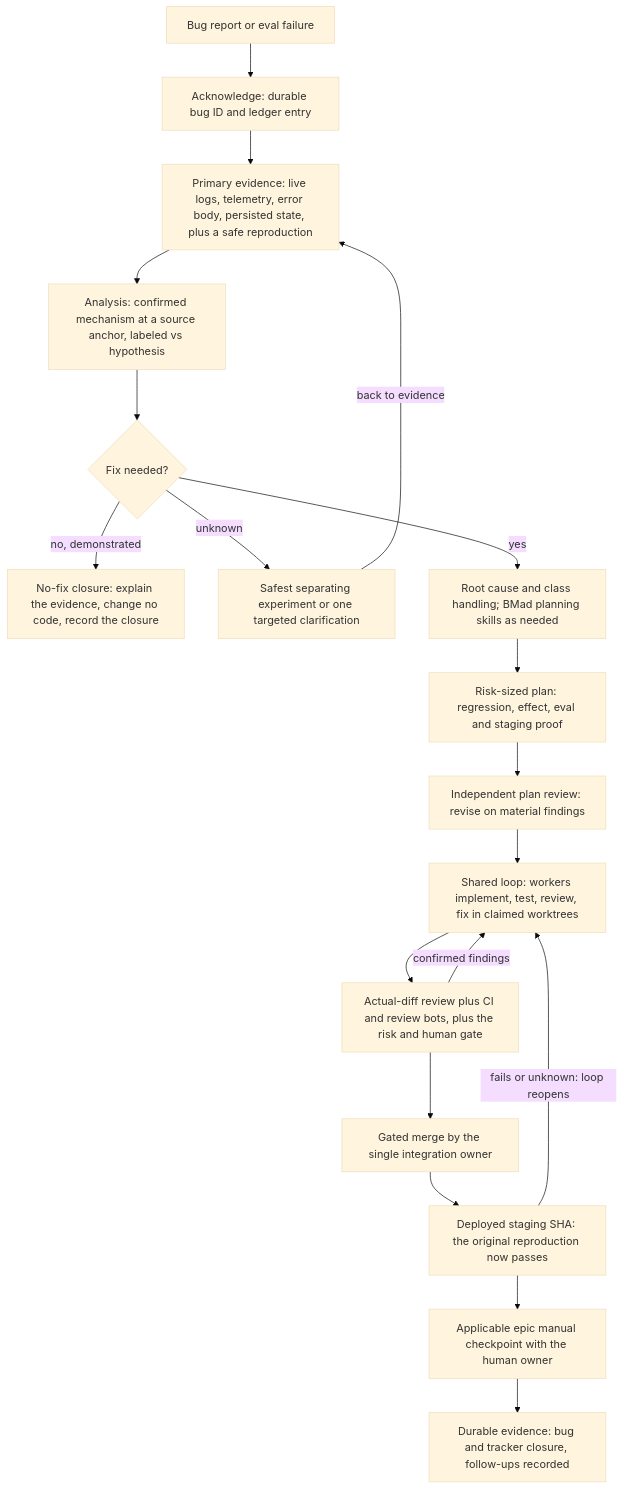
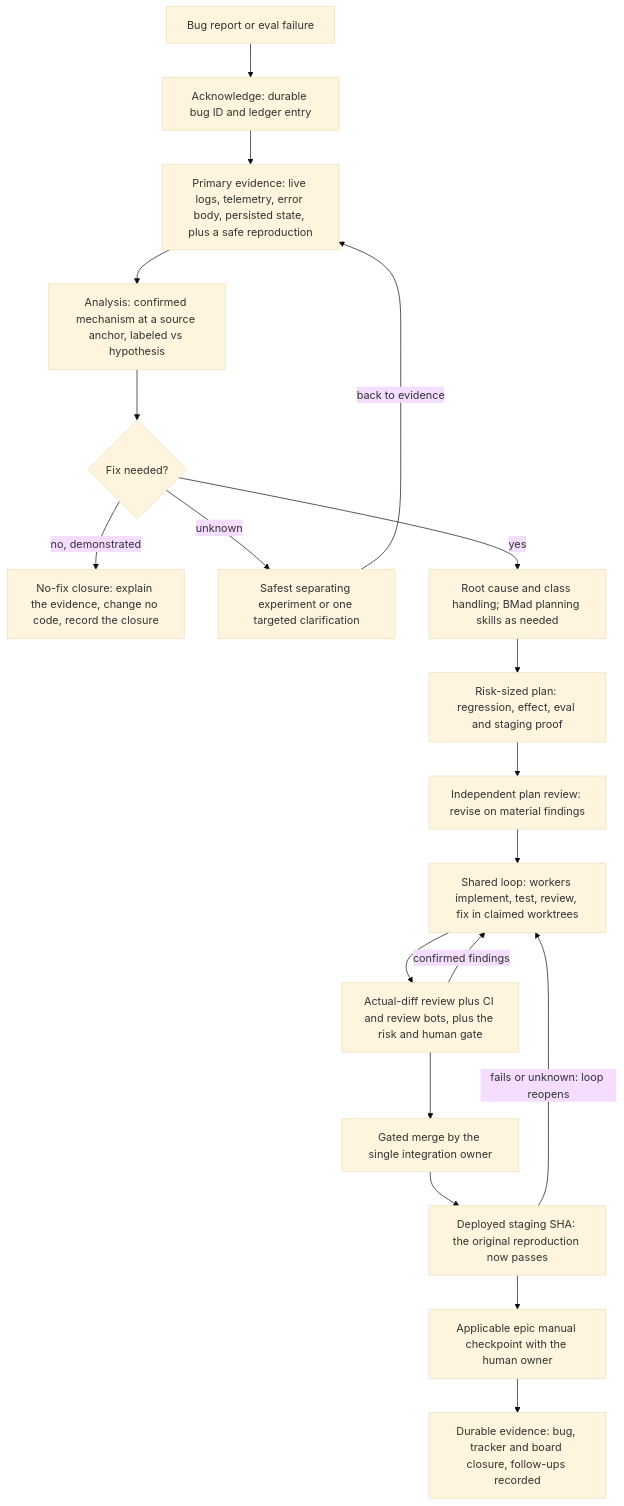
Before and after one commit to sbeeredd04/software-factory: the diagram in skills/software-factory/workflows/bug.md, drawn with Mermaid (base theme). The commit also changed other lines of this file and 14 other files, not shown here.

````diff
--- a/skills/software-factory/workflows/bug.md
+++ b/skills/software-factory/workflows/bug.md
@@ -6,21 +6,21 @@
 ```mermaid
 flowchart TD
   X[Bug report or eval failure] --> A[Acknowledge: durable bug ID and ledger entry]
   A --> E[Primary evidence: live logs, telemetry, error body, persisted state, plus a safe reproduction]
   E --> R[Analysis: confirmed mechanism at a source anchor, labeled vs hypothesis]
   R --> D{Fix needed?}
   D -->|no, demonstrated| Z[No-fix closure: explain the evidence, change no code, record the closure]
   D -->|unknown| U[Safest separating experiment or one targeted clarification]
   U -->|back to evidence| E
   D -->|yes| B[Root cause and class handling; BMad planning skills as needed]
   B --> P[Risk-sized plan: regression, effect, eval and staging proof]
   P --> PR[Independent plan review: revise on material findings]
   PR --> O[Shared loop: workers implement, test, review, fix in claimed worktrees]
   O --> C[Actual-diff review plus CI and review bots, plus the risk and human gate]
   C -->|confirmed findings| O
   C --> M[Gated merge by the single integration owner]
   M --> S[Deployed staging SHA: the original reproduction now passes]
   S -->|fails or unknown: loop reopens| O
   S --> H[Applicable epic manual checkpoint with the human owner]
-  H --> K[Durable evidence: bug and tracker closure, follow-ups recorded]
+  H --> K[Durable evidence: bug, tracker and board closure, follow-ups recorded]
 ```
````
